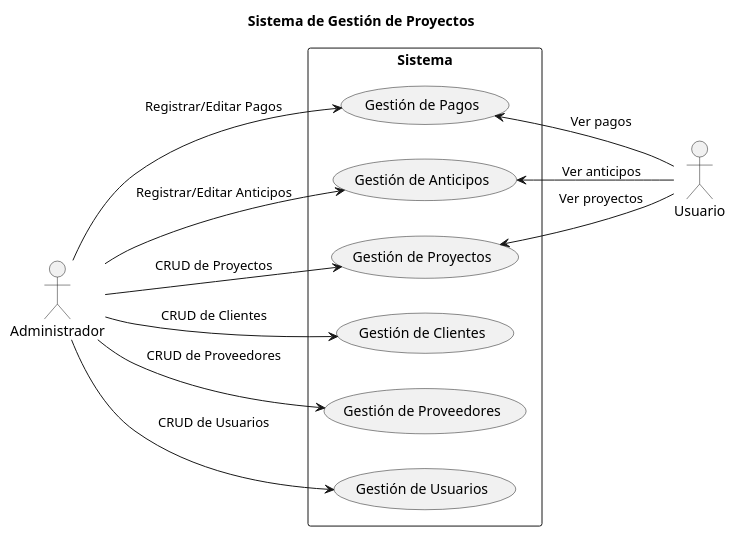
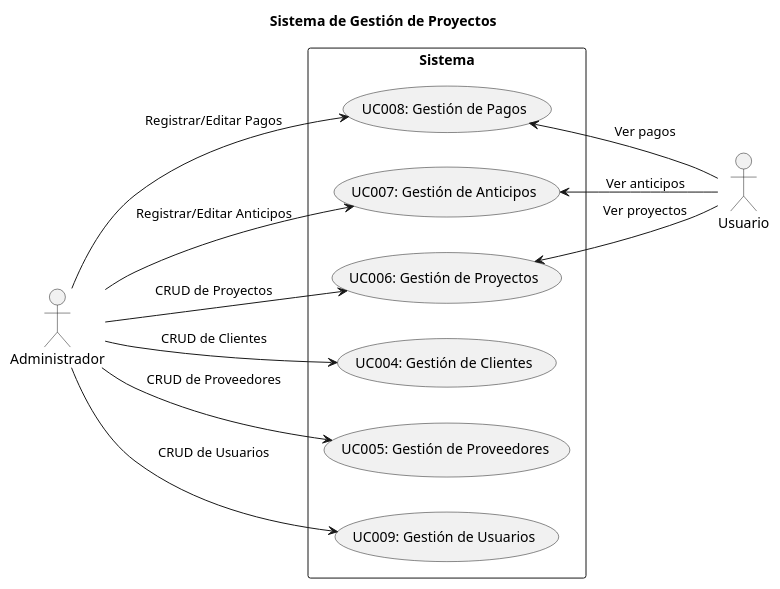
One commit to JoyaAngel/Proyecto-Sistema-de-Pagos changed the diagram in analysis/usecase_diagrams/general_system.puml. Above: the diagram before and after it, drawn with PlantUML. The commit also changed 1 other file, not shown here.

Commit message:
docs(usecase_diagramas):
Se numeran los casos de uso

```diff
--- a/analysis/usecase_diagrams/general_system.puml
+++ b/analysis/usecase_diagrams/general_system.puml
@@ -1,30 +1,30 @@
 @startuml general_system
 
 title Sistema de Gestión de Proyectos
 
 left to right direction
 
 actor "Administrador" as Admin
 actor "Usuario" as User
 
 rectangle Sistema {
-    usecase "Gestión de Clientes" as UC_Clients
-    usecase "Gestión de Proveedores" as UC_Suppliers
-    usecase "Gestión de Proyectos" as UC_Projects
-    usecase "Gestión de Anticipos" as UC_Advances
-    usecase "Gestión de Pagos" as UC_Payments
-    usecase "Gestión de Usuarios" as UC_Users
+    usecase "UC004: Gestión de Clientes" as UC_Clients
+    usecase "UC005: Gestión de Proveedores" as UC_Suppliers
+    usecase "UC006: Gestión de Proyectos" as UC_Projects
+    usecase "UC007: Gestión de Anticipos" as UC_Advances
+    usecase "UC008: Gestión de Pagos" as UC_Payments
+    usecase "UC009: Gestión de Usuarios" as UC_Users
 }
 
 Admin --> UC_Clients : CRUD de Clientes
 Admin --> UC_Suppliers : CRUD de Proveedores
 Admin --> UC_Projects : CRUD de Proyectos
 Admin --> UC_Advances : Registrar/Editar Anticipos
 Admin --> UC_Payments : Registrar/Editar Pagos
 Admin --> UC_Users : CRUD de Usuarios
 
 User -up-> UC_Projects : Ver proyectos
 User -up-> UC_Advances : Ver anticipos
 User -up-> UC_Payments : Ver pagos
 
 @enduml
```
